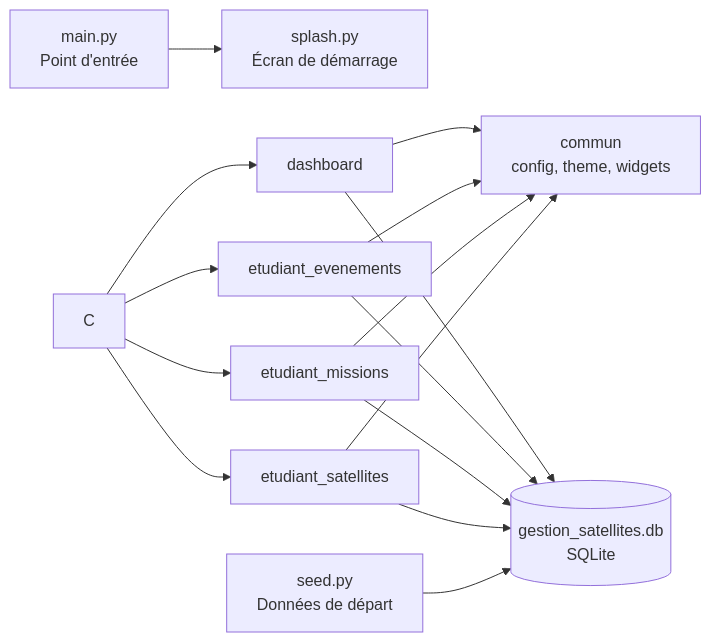
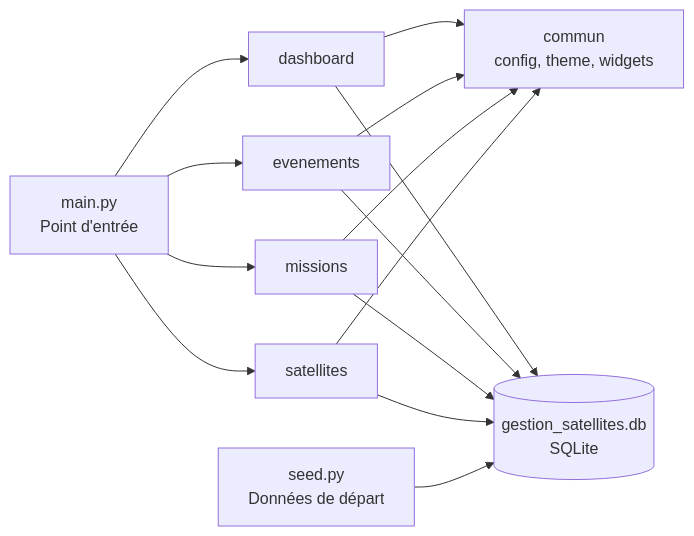
One commit to ndstepl/SatGuard changed the first of 2 diagrams in README.md. Above: the diagram before and after it, drawn with Mermaid.

Commit message:
Update application flowchart in README

````diff
--- a/README.md
+++ b/README.md
@@ -57,11 +57,11 @@
 ```mermaid
 flowchart LR
-    A["main.py<br/>Point d'entrée"] --> B["splash.py<br/>Écran de démarrage"]
-    C --> D["dashboard"]
-    C --> E["etudiant_evenements"]
-    C --> F["etudiant_missions"]
-    C --> G["etudiant_satellites"]
+    
+     A["main.py<br/>Point d'entrée"]  --> D["dashboard"]
+     A["main.py<br/>Point d'entrée"]  --> E["evenements"]
+     A["main.py<br/>Point d'entrée"]  --> F["missions"]
+     A["main.py<br/>Point d'entrée"] --> G["satellites"]
     D & E & F & G --> H["commun<br/>config, theme, widgets"]
     D & E & F & G --> I[("gestion_satellites.db<br/>SQLite")]
     J["seed.py<br/>Données de départ"] --> I
 ```
````
